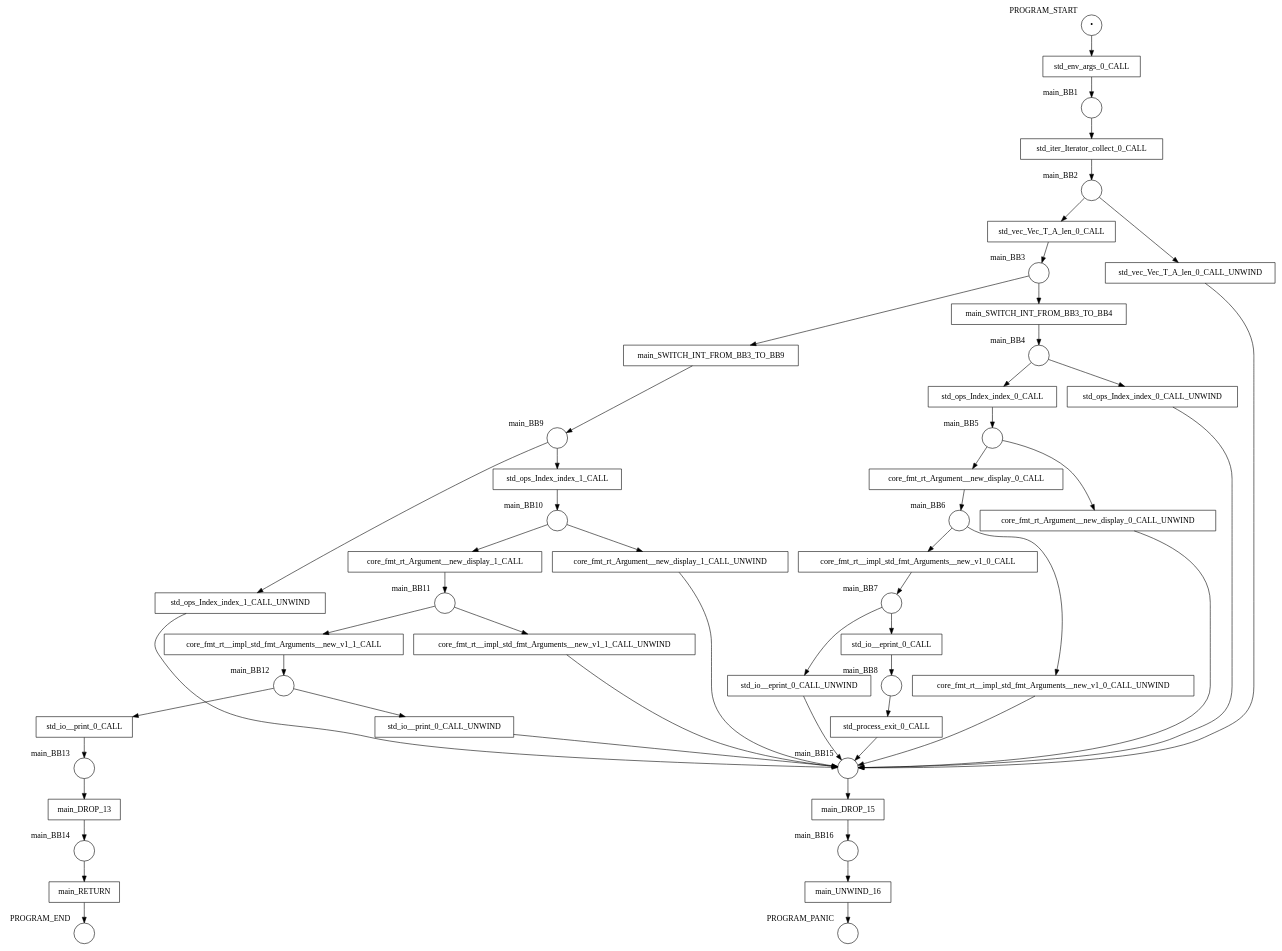
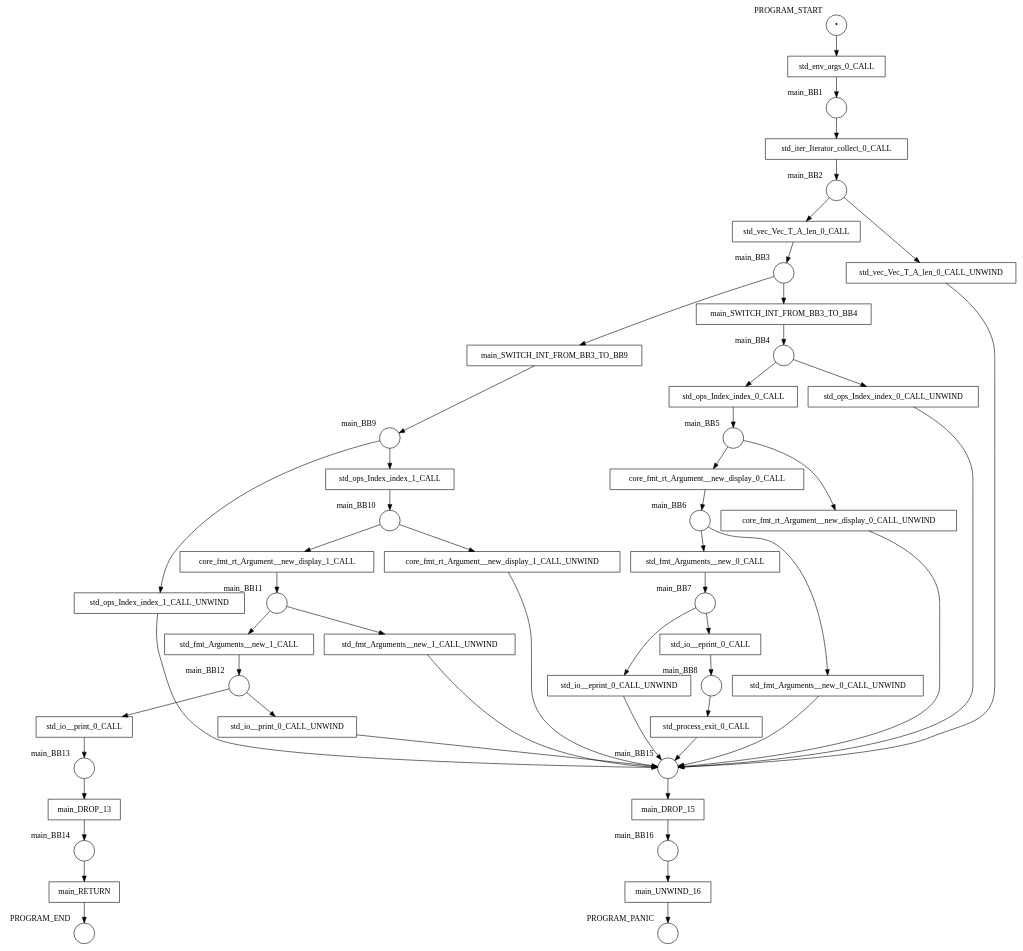
Before and after one commit to hlisdero/cargo-check-deadlock: the diagram in examples/results/basic/greet/net.dot, drawn with Graphviz. The commit also changed 29 other files, not shown here.

```diff
--- a/examples/results/basic/greet/net.dot
+++ b/examples/results/basic/greet/net.dot
@@ -1,102 +1,102 @@
 digraph petrinet {
     PROGRAM_END [shape="circle" xlabel="PROGRAM_END" label=""];
     PROGRAM_PANIC [shape="circle" xlabel="PROGRAM_PANIC" label=""];
     PROGRAM_START [shape="circle" xlabel="PROGRAM_START" label="•"];
     main_BB1 [shape="circle" xlabel="main_BB1" label=""];
     main_BB10 [shape="circle" xlabel="main_BB10" label=""];
     main_BB11 [shape="circle" xlabel="main_BB11" label=""];
     main_BB12 [shape="circle" xlabel="main_BB12" label=""];
     main_BB13 [shape="circle" xlabel="main_BB13" label=""];
     main_BB14 [shape="circle" xlabel="main_BB14" label=""];
     main_BB15 [shape="circle" xlabel="main_BB15" label=""];
     main_BB16 [shape="circle" xlabel="main_BB16" label=""];
     main_BB2 [shape="circle" xlabel="main_BB2" label=""];
     main_BB3 [shape="circle" xlabel="main_BB3" label=""];
     main_BB4 [shape="circle" xlabel="main_BB4" label=""];
     main_BB5 [shape="circle" xlabel="main_BB5" label=""];
     main_BB6 [shape="circle" xlabel="main_BB6" label=""];
     main_BB7 [shape="circle" xlabel="main_BB7" label=""];
     main_BB8 [shape="circle" xlabel="main_BB8" label=""];
     main_BB9 [shape="circle" xlabel="main_BB9" label=""];
     core_fmt_rt_Argument__new_display_0_CALL [shape="box" xlabel="" label="core_fmt_rt_Argument__new_display_0_CALL"];
     core_fmt_rt_Argument__new_display_0_CALL_UNWIND [shape="box" xlabel="" label="core_fmt_rt_Argument__new_display_0_CALL_UNWIND"];
     core_fmt_rt_Argument__new_display_1_CALL [shape="box" xlabel="" label="core_fmt_rt_Argument__new_display_1_CALL"];
     core_fmt_rt_Argument__new_display_1_CALL_UNWIND [shape="box" xlabel="" label="core_fmt_rt_Argument__new_display_1_CALL_UNWIND"];
-    core_fmt_rt__impl_std_fmt_Arguments__new_v1_0_CALL [shape="box" xlabel="" label="core_fmt_rt__impl_std_fmt_Arguments__new_v1_0_CALL"];
-    core_fmt_rt__impl_std_fmt_Arguments__new_v1_0_CALL_UNWIND [shape="box" xlabel="" label="core_fmt_rt__impl_std_fmt_Arguments__new_v1_0_CALL_UNWIND"];
-    core_fmt_rt__impl_std_fmt_Arguments__new_v1_1_CALL [shape="box" xlabel="" label="core_fmt_rt__impl_std_fmt_Arguments__new_v1_1_CALL"];
-    core_fmt_rt__impl_std_fmt_Arguments__new_v1_1_CALL_UNWIND [shape="box" xlabel="" label="core_fmt_rt__impl_std_fmt_Arguments__new_v1_1_CALL_UNWIND"];
     main_DROP_13 [shape="box" xlabel="" label="main_DROP_13"];
     main_DROP_15 [shape="box" xlabel="" label="main_DROP_15"];
     main_RETURN [shape="box" xlabel="" label="main_RETURN"];
     main_SWITCH_INT_FROM_BB3_TO_BB4 [shape="box" xlabel="" label="main_SWITCH_INT_FROM_BB3_TO_BB4"];
     main_SWITCH_INT_FROM_BB3_TO_BB9 [shape="box" xlabel="" label="main_SWITCH_INT_FROM_BB3_TO_BB9"];
     main_UNWIND_16 [shape="box" xlabel="" label="main_UNWIND_16"];
     std_env_args_0_CALL [shape="box" xlabel="" label="std_env_args_0_CALL"];
+    std_fmt_Arguments__new_0_CALL [shape="box" xlabel="" label="std_fmt_Arguments__new_0_CALL"];
+    std_fmt_Arguments__new_0_CALL_UNWIND [shape="box" xlabel="" label="std_fmt_Arguments__new_0_CALL_UNWIND"];
+    std_fmt_Arguments__new_1_CALL [shape="box" xlabel="" label="std_fmt_Arguments__new_1_CALL"];
+    std_fmt_Arguments__new_1_CALL_UNWIND [shape="box" xlabel="" label="std_fmt_Arguments__new_1_CALL_UNWIND"];
     std_io__eprint_0_CALL [shape="box" xlabel="" label="std_io__eprint_0_CALL"];
     std_io__eprint_0_CALL_UNWIND [shape="box" xlabel="" label="std_io__eprint_0_CALL_UNWIND"];
     std_io__print_0_CALL [shape="box" xlabel="" label="std_io__print_0_CALL"];
     std_io__print_0_CALL_UNWIND [shape="box" xlabel="" label="std_io__print_0_CALL_UNWIND"];
     std_iter_Iterator_collect_0_CALL [shape="box" xlabel="" label="std_iter_Iterator_collect_0_CALL"];
     std_ops_Index_index_0_CALL [shape="box" xlabel="" label="std_ops_Index_index_0_CALL"];
     std_ops_Index_index_0_CALL_UNWIND [shape="box" xlabel="" label="std_ops_Index_index_0_CALL_UNWIND"];
     std_ops_Index_index_1_CALL [shape="box" xlabel="" label="std_ops_Index_index_1_CALL"];
     std_ops_Index_index_1_CALL_UNWIND [shape="box" xlabel="" label="std_ops_Index_index_1_CALL_UNWIND"];
     std_process_exit_0_CALL [shape="box" xlabel="" label="std_process_exit_0_CALL"];
     std_vec_Vec_T_A_len_0_CALL [shape="box" xlabel="" label="std_vec_Vec_T_A_len_0_CALL"];
     std_vec_Vec_T_A_len_0_CALL_UNWIND [shape="box" xlabel="" label="std_vec_Vec_T_A_len_0_CALL_UNWIND"];
     PROGRAM_START -> std_env_args_0_CALL;
     main_BB1 -> std_iter_Iterator_collect_0_CALL;
     main_BB10 -> core_fmt_rt_Argument__new_display_1_CALL;
     main_BB10 -> core_fmt_rt_Argument__new_display_1_CALL_UNWIND;
-    main_BB11 -> core_fmt_rt__impl_std_fmt_Arguments__new_v1_1_CALL;
-    main_BB11 -> core_fmt_rt__impl_std_fmt_Arguments__new_v1_1_CALL_UNWIND;
+    main_BB11 -> std_fmt_Arguments__new_1_CALL;
+    main_BB11 -> std_fmt_Arguments__new_1_CALL_UNWIND;
     main_BB12 -> std_io__print_0_CALL;
     main_BB12 -> std_io__print_0_CALL_UNWIND;
     main_BB13 -> main_DROP_13;
     main_BB14 -> main_RETURN;
     main_BB15 -> main_DROP_15;
     main_BB16 -> main_UNWIND_16;
     main_BB2 -> std_vec_Vec_T_A_len_0_CALL;
     main_BB2 -> std_vec_Vec_T_A_len_0_CALL_UNWIND;
     main_BB3 -> main_SWITCH_INT_FROM_BB3_TO_BB4;
     main_BB3 -> main_SWITCH_INT_FROM_BB3_TO_BB9;
     main_BB4 -> std_ops_Index_index_0_CALL;
     main_BB4 -> std_ops_Index_index_0_CALL_UNWIND;
     main_BB5 -> core_fmt_rt_Argument__new_display_0_CALL;
     main_BB5 -> core_fmt_rt_Argument__new_display_0_CALL_UNWIND;
-    main_BB6 -> core_fmt_rt__impl_std_fmt_Arguments__new_v1_0_CALL;
-    main_BB6 -> core_fmt_rt__impl_std_fmt_Arguments__new_v1_0_CALL_UNWIND;
+    main_BB6 -> std_fmt_Arguments__new_0_CALL;
+    main_BB6 -> std_fmt_Arguments__new_0_CALL_UNWIND;
     main_BB7 -> std_io__eprint_0_CALL;
     main_BB7 -> std_io__eprint_0_CALL_UNWIND;
     main_BB8 -> std_process_exit_0_CALL;
     main_BB9 -> std_ops_Index_index_1_CALL;
     main_BB9 -> std_ops_Index_index_1_CALL_UNWIND;
     core_fmt_rt_Argument__new_display_0_CALL -> main_BB6;
     core_fmt_rt_Argument__new_display_0_CALL_UNWIND -> main_BB15;
     core_fmt_rt_Argument__new_display_1_CALL -> main_BB11;
     core_fmt_rt_Argument__new_display_1_CALL_UNWIND -> main_BB15;
-    core_fmt_rt__impl_std_fmt_Arguments__new_v1_0_CALL -> main_BB7;
-    core_fmt_rt__impl_std_fmt_Arguments__new_v1_0_CALL_UNWIND -> main_BB15;
-    core_fmt_rt__impl_std_fmt_Arguments__new_v1_1_CALL -> main_BB12;
-    core_fmt_rt__impl_std_fmt_Arguments__new_v1_1_CALL_UNWIND -> main_BB15;
     main_DROP_13 -> main_BB14;
     main_DROP_15 -> main_BB16;
     main_RETURN -> PROGRAM_END;
     main_SWITCH_INT_FROM_BB3_TO_BB4 -> main_BB4;
     main_SWITCH_INT_FROM_BB3_TO_BB9 -> main_BB9;
     main_UNWIND_16 -> PROGRAM_PANIC;
     std_env_args_0_CALL -> main_BB1;
+    std_fmt_Arguments__new_0_CALL -> main_BB7;
+    std_fmt_Arguments__new_0_CALL_UNWIND -> main_BB15;
+    std_fmt_Arguments__new_1_CALL -> main_BB12;
+    std_fmt_Arguments__new_1_CALL_UNWIND -> main_BB15;
     std_io__eprint_0_CALL -> main_BB8;
     std_io__eprint_0_CALL_UNWIND -> main_BB15;
     std_io__print_0_CALL -> main_BB13;
     std_io__print_0_CALL_UNWIND -> main_BB15;
     std_iter_Iterator_collect_0_CALL -> main_BB2;
     std_ops_Index_index_0_CALL -> main_BB5;
     std_ops_Index_index_0_CALL_UNWIND -> main_BB15;
     std_ops_Index_index_1_CALL -> main_BB10;
     std_ops_Index_index_1_CALL_UNWIND -> main_BB15;
     std_process_exit_0_CALL -> main_BB15;
     std_vec_Vec_T_A_len_0_CALL -> main_BB3;
     std_vec_Vec_T_A_len_0_CALL_UNWIND -> main_BB15;
 }
```
